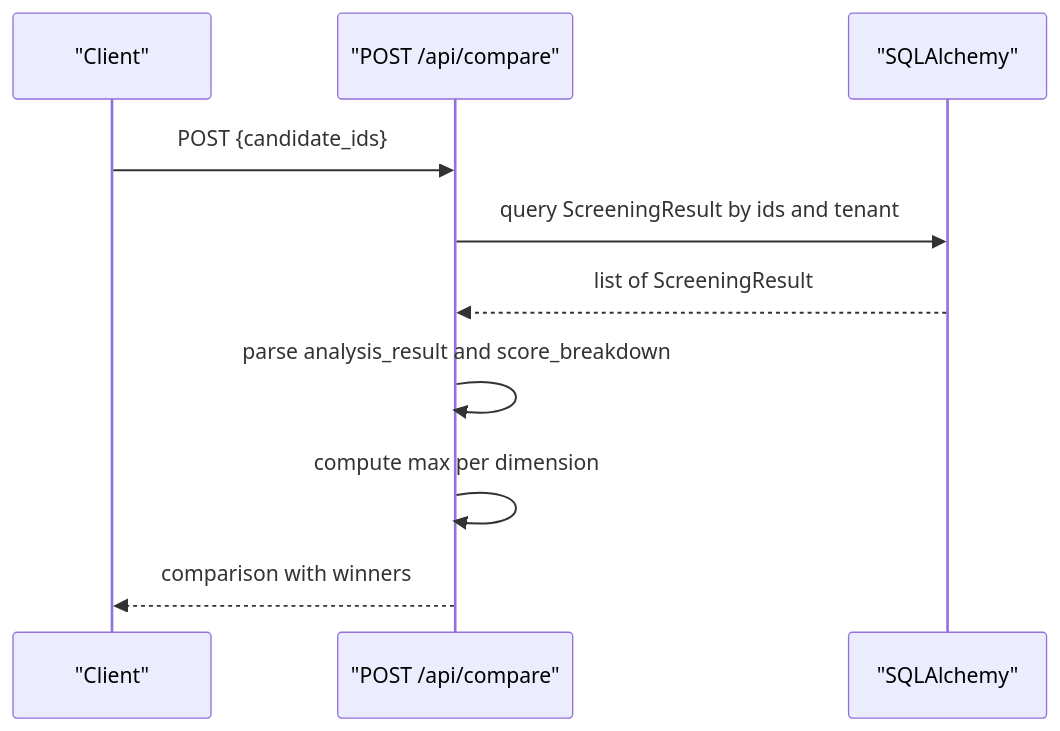
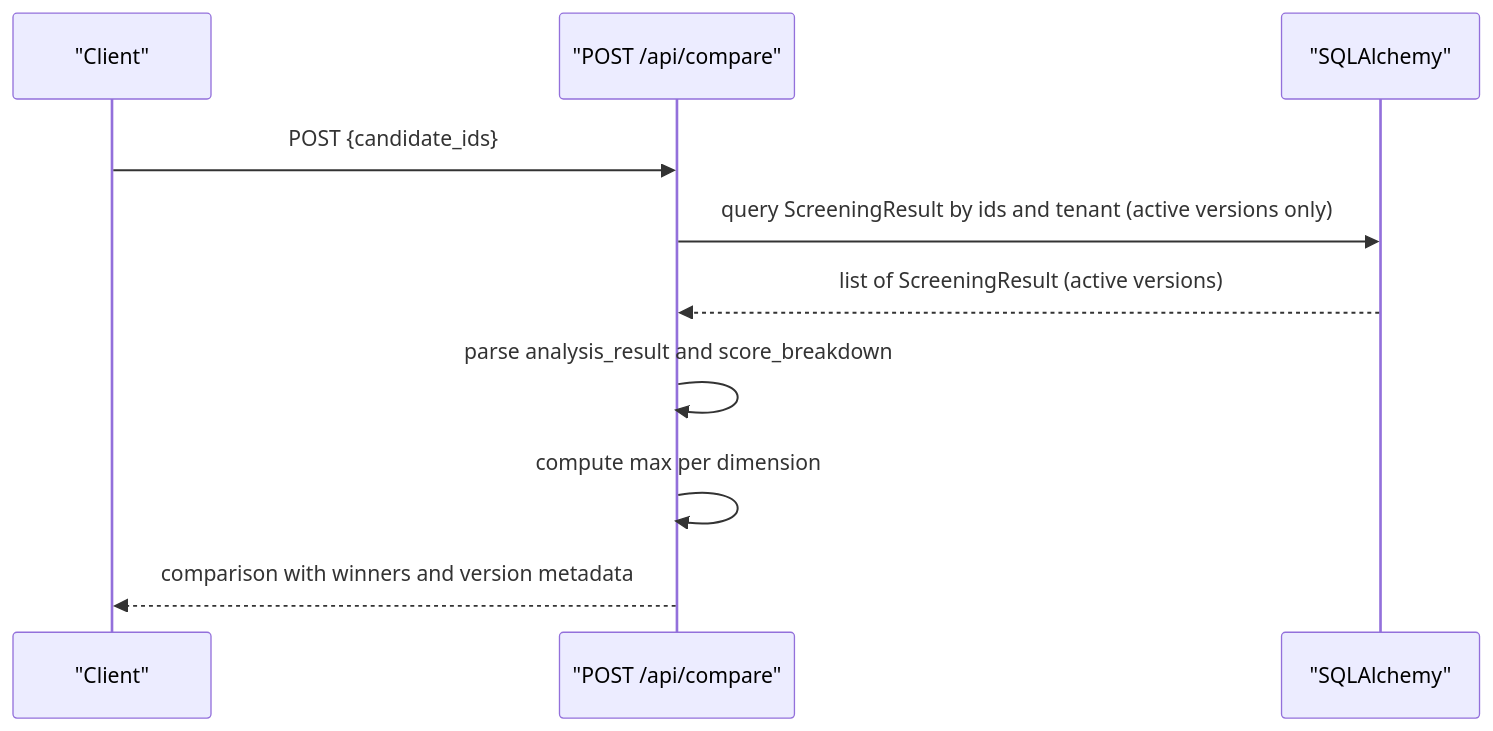
Before and after one commit to Revanththetalogics/aireume: the sixth of 8 diagrams in .qoder/repowiki/en/content/Candidate Management/Analysis History and Tracking.md, drawn with Mermaid. The commit also changed other lines of this file and 20 other files, not shown here.

````diff
--- a/.qoder/repowiki/en/content/Candidate Management/Analysis History and Tracking.md
+++ b/.qoder/repowiki/en/content/Candidate Management/Analysis History and Tracking.md
@@ -230,12 +256,12 @@
 ```mermaid
 sequenceDiagram
 participant Client as "Client"
 participant API as "POST /api/compare"
 participant DB as "SQLAlchemy"
 Client->>API : POST {candidate_ids}
-API->>DB : query ScreeningResult by ids and tenant
-DB-->>API : list of ScreeningResult
+API->>DB : query ScreeningResult by ids and tenant (active versions only)
+DB-->>API : list of ScreeningResult (active versions)
 API->>API : parse analysis_result and score_breakdown
 API->>API : compute max per dimension
-API-->>Client : comparison with winners
+API-->>Client : comparison with winners and version metadata
 ```
````
